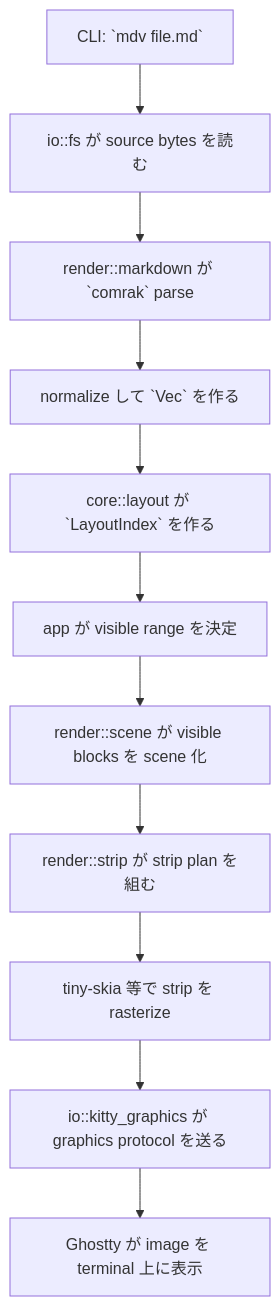
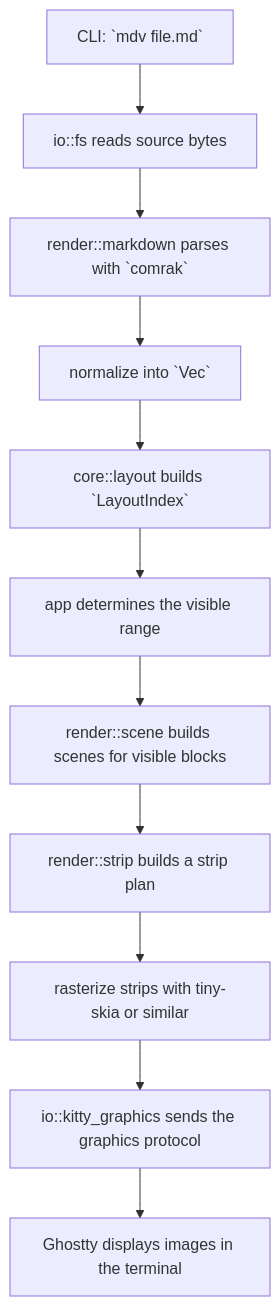
The sixth of 9 diagrams in docs/plan/init.md (posaune0423/mdv), drawn with Mermaid before and after one commit. The commit also changed other lines of this file and 17 other files, not shown here.

````diff
--- a/docs/plan/init.md
+++ b/docs/plan/init.md
@@ -253,13 +253,13 @@
 ```mermaid
 flowchart TD
-    START["CLI: `mdv file.md`"] --> READ["io::fs が source bytes を読む"]
-    READ --> PARSE["render::markdown が `comrak` parse"]
-    PARSE --> BLOCKS["normalize して `Vec<Block>` を作る"]
-    BLOCKS --> LAYOUT["core::layout が `LayoutIndex` を作る"]
-    LAYOUT --> VIEW["app が visible range を決定"]
-    VIEW --> SCENE["render::scene が visible blocks を scene 化"]
-    SCENE --> STRIP["render::strip が strip plan を組む"]
-    STRIP --> RASTER["tiny-skia 等で strip を rasterize"]
-    RASTER --> KITTY["io::kitty_graphics が graphics protocol を送る"]
-    KITTY --> GHOSTTY["Ghostty が image を terminal 上に表示"]
+    START["CLI: `mdv file.md`"] --> READ["io::fs reads source bytes"]
+    READ --> PARSE["render::markdown parses with `comrak`"]
+    PARSE --> BLOCKS["normalize into `Vec<Block>`"]
+    BLOCKS --> LAYOUT["core::layout builds `LayoutIndex`"]
+    LAYOUT --> VIEW["app determines the visible range"]
+    VIEW --> SCENE["render::scene builds scenes for visible blocks"]
+    SCENE --> STRIP["render::strip builds a strip plan"]
+    STRIP --> RASTER["rasterize strips with tiny-skia or similar"]
+    RASTER --> KITTY["io::kitty_graphics sends the graphics protocol"]
+    KITTY --> GHOSTTY["Ghostty displays images in the terminal"]
 ```
````
